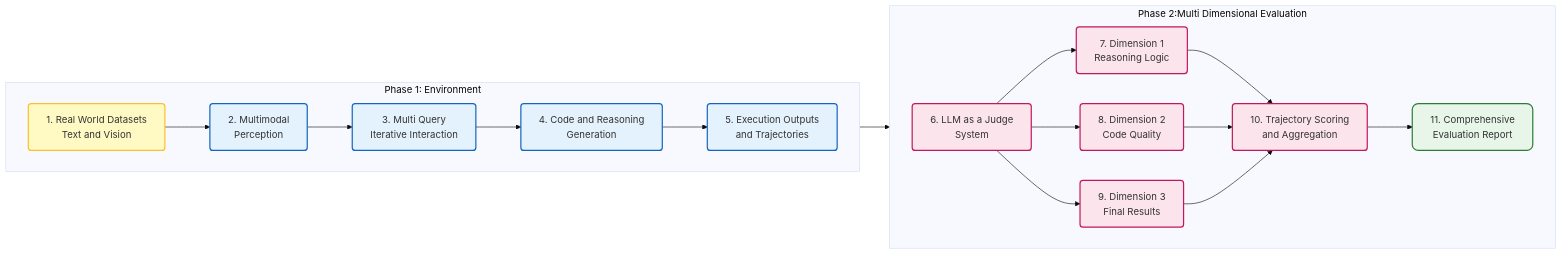
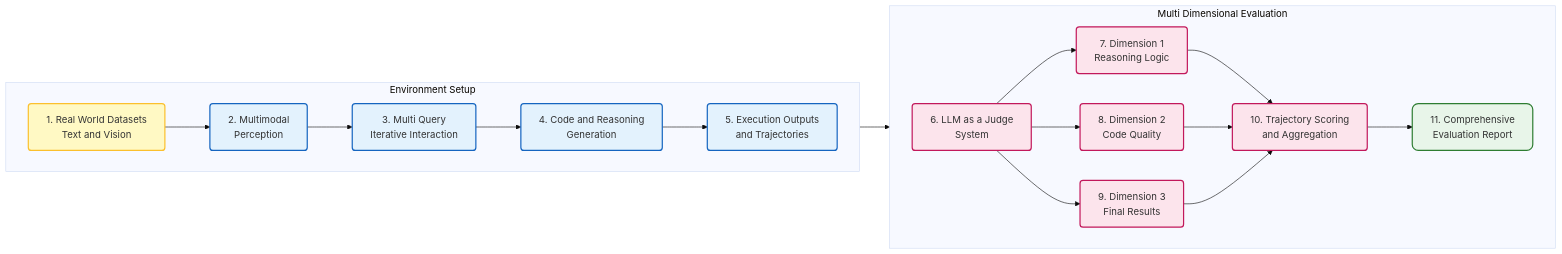
Before and after one commit to hhtrocket/HHT-Benchmark-dataset: the fourth of 6 diagrams in Literature Review/brief report 3.md, drawn with Mermaid (base theme).

Commit message:
Update brief report 3.md

````diff
--- a/Literature Review/brief report 3.md
+++ b/Literature Review/brief report 3.md
@@ -184,39 +184,39 @@
 ```mermaid
 graph LR
     classDef phase1 fill:#e3f2fd,stroke:#1565c0,stroke-width:2px,rx:5,ry:5;
     classDef phase2 fill:#fce4ec,stroke:#c2185b,stroke-width:2px,rx:5,ry:5;
     classDef input fill:#fff9c4,stroke:#fbc02d,stroke-width:2px,rx:5,ry:5;
     classDef report fill:#e8f5e9,stroke:#2e7d32,stroke-width:2px,rx:10,ry:10;
 
-    subgraph Phase 1: Environment
+    subgraph Environment Setup
         direction LR
         N1["1. Real World Datasets<br/>Text and Vision"]:::input
         N2["2. Multimodal<br/>Perception"]:::phase1
         N3["3. Multi Query<br/>Iterative Interaction"]:::phase1
         N4["4. Code and Reasoning<br/>Generation"]:::phase1
         N5["5. Execution Outputs<br/>and Trajectories"]:::phase1
         
         N1 --> N2
         N2 --> N3
         N3 --> N4
         N4 --> N5
     end
 
-    subgraph Phase 2:Multi Dimensional Evaluation
+    subgraph Multi Dimensional Evaluation
         direction LR
         N6["6. LLM as a Judge<br/>System"]:::phase2
         N7["7. Dimension 1<br/>Reasoning Logic"]:::phase2
         N8["8. Dimension 2<br/>Code Quality"]:::phase2
         N9["9. Dimension 3<br/>Final Results"]:::phase2
         N10["10. Trajectory Scoring<br/>and Aggregation"]:::phase2
         N11["11. Comprehensive<br/>Evaluation Report"]:::report
         
         N6 --> N7
         N6 --> N8
         N6 --> N9
         N7 & N8 & N9 --> N10
         N10 --> N11
     end
 
     N5 --> N6
 ```
````
